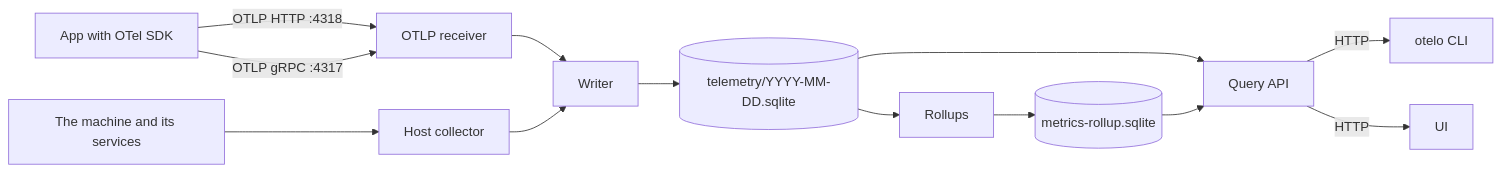
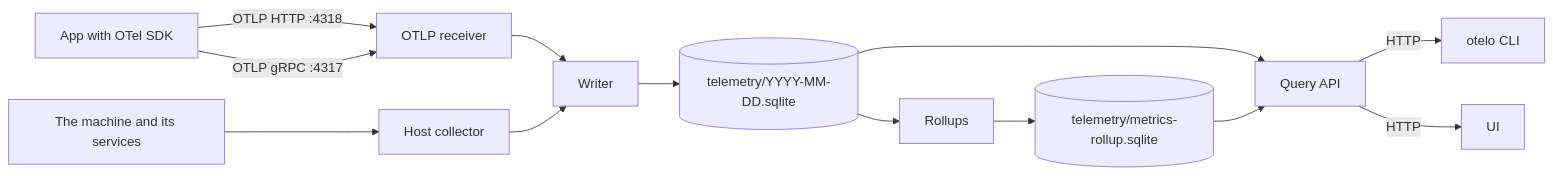
Before and after one commit to sukovanej/otelo: the first of 2 diagrams in docs/telemetry.md, drawn with Mermaid. The commit also changed other lines of this file, not shown here.

First line of the commit message:
doc telemetry: edit

````diff
--- a/docs/telemetry.md
+++ b/docs/telemetry.md
@@ -9,15 +9,15 @@
 ```mermaid
 flowchart LR
   app[App with OTel SDK] -->|OTLP HTTP :4318| recv[OTLP receiver]
   app -->|OTLP gRPC :4317| recv
   machine[The machine and its services] --> host[Host collector]
   recv --> writer[Writer]
   host --> writer
   writer --> day[(telemetry/YYYY-MM-DD.sqlite)]
   day --> rollup[Rollups]
-  rollup --> agg[(metrics-rollup.sqlite)]
+  rollup --> agg[(telemetry/metrics-rollup.sqlite)]
   day --> api[Query API]
   agg --> api
   api -->|HTTP| cli[otelo CLI]
   api -->|HTTP| ui[UI]
 ```
````
